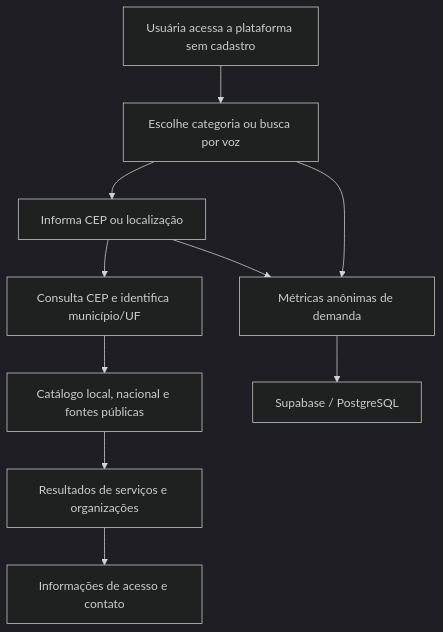
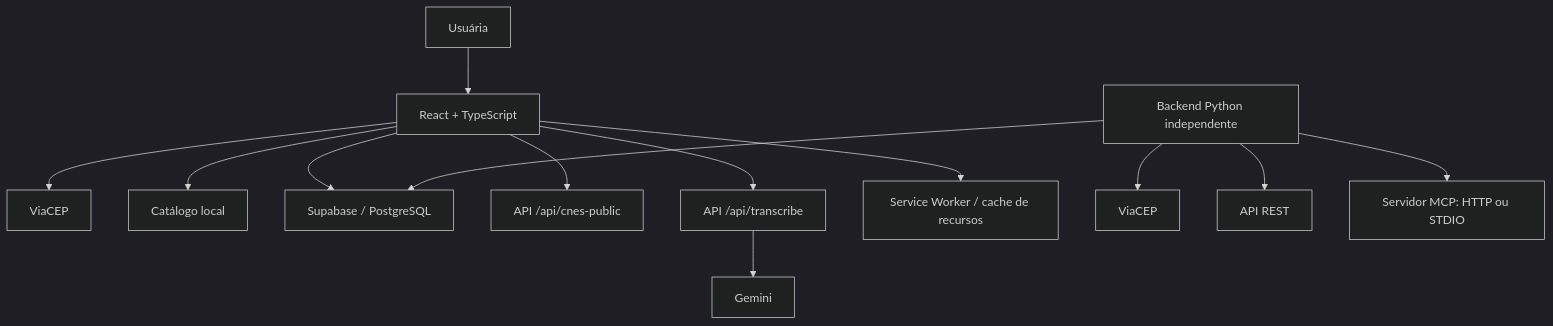
One commit to karolcastro/acolheMulher changed the diagram in README.md. Above: the diagram before and after it, drawn with Mermaid (dark theme). The commit also changed other lines of this file, not shown here.

Commit message:
docs: align README with implemented architecture

````diff
--- a/README.md
+++ b/README.md
@@ -69,12 +42,15 @@
 ```mermaid
 flowchart TD
-    A[Usuária acessa a plataforma sem cadastro] --> B[Escolhe categoria ou busca por voz]
-    B --> C[Informa CEP ou localização]
-    C --> D[Consulta CEP e identifica município/UF]
-    D --> E[Catálogo local, nacional e fontes públicas]
-    E --> F[Resultados de serviços e organizações]
-    F --> G[Informações de acesso e contato]
-    B --> H[Métricas anônimas de demanda]
-    C --> H
-    H --> I[Supabase / PostgreSQL]
+  U[Usuária] --> FE[React + TypeScript]
+  FE --> CEP[ViaCEP]
+  FE --> CAT[Catálogo local]
+  FE --> SB[Supabase / PostgreSQL]
+  FE --> CNES[API /api/cnes-public]
+  FE --> VOZ[API /api/transcribe]
+  VOZ --> GEM[Gemini]
+  FE --> PWA[Service Worker / cache de recursos]
+  PY[Backend Python independente] --> SB
+  PY --> VIA[ViaCEP]
+  PY --> REST[API REST]
+  PY --> MCP[Servidor MCP: HTTP ou STDIO]
 ```
````
